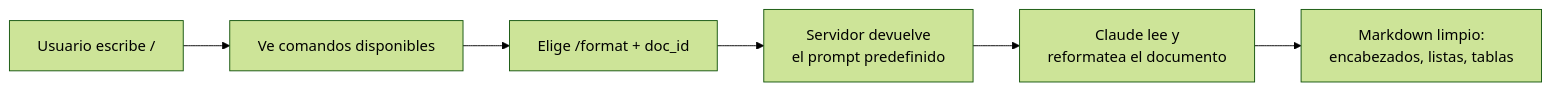
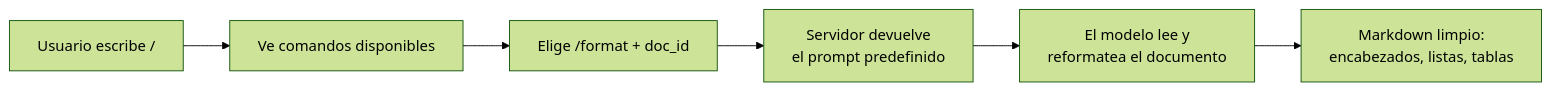
The first of 2 diagrams in Introduction to Model Context Protocol/06-prompts.md (alvarezleonardo/MCP), drawn with Mermaid (forest theme) before and after one commit. The commit also changed other lines of this file and 14 other files, not shown here.

````diff
--- a/Introduction to Model Context Protocol/06-prompts.md
+++ b/Introduction to Model Context Protocol/06-prompts.md
@@ -15,8 +15,8 @@
 ```mermaid
 flowchart LR
     U["Usuario escribe /"] --> List["Ve comandos disponibles"]
     List --> Sel["Elige /format + doc_id"]
     Sel --> Prompt["Servidor devuelve<br/>el prompt predefinido"]
-    Prompt --> Claude["Claude lee y<br/>reformatea el documento"]
-    Claude --> MD["Markdown limpio:<br/>encabezados, listas, tablas"]
+    Prompt --> Modelo["El modelo lee y<br/>reformatea el documento"]
+    Modelo --> MD["Markdown limpio:<br/>encabezados, listas, tablas"]
 ```
````
